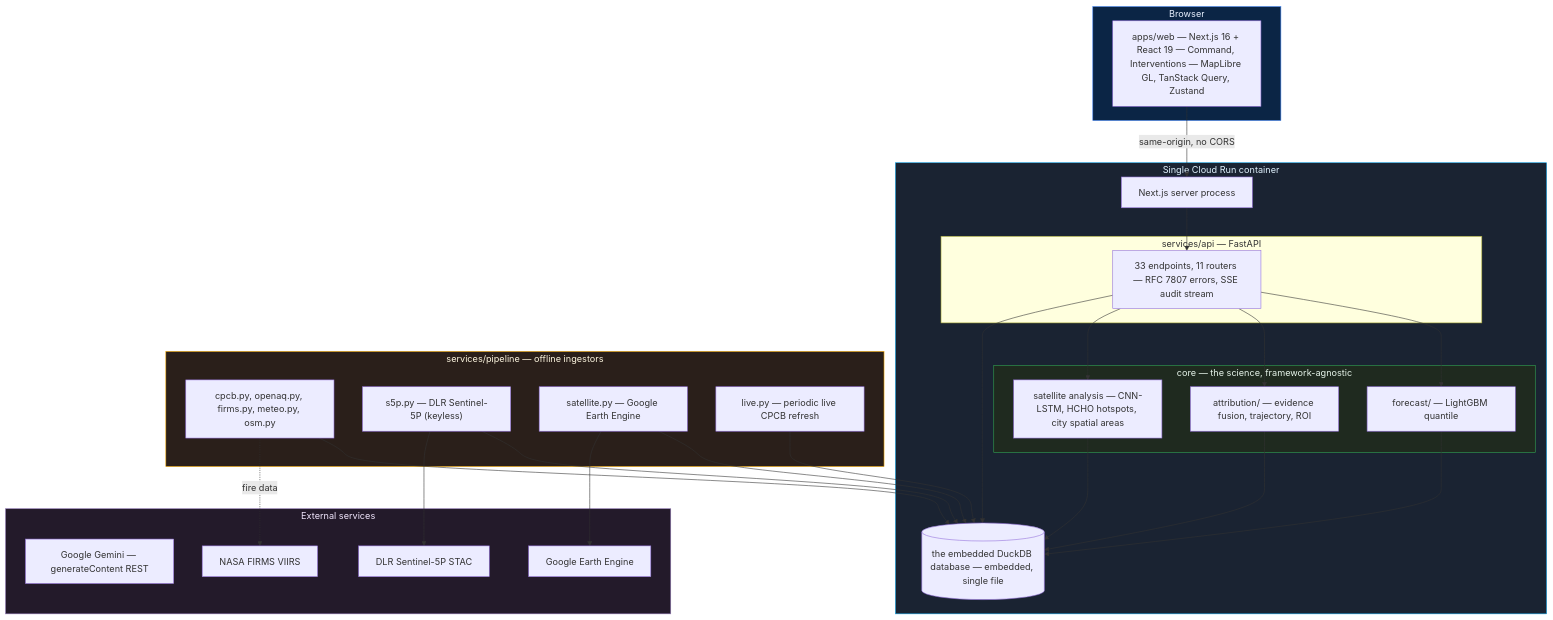
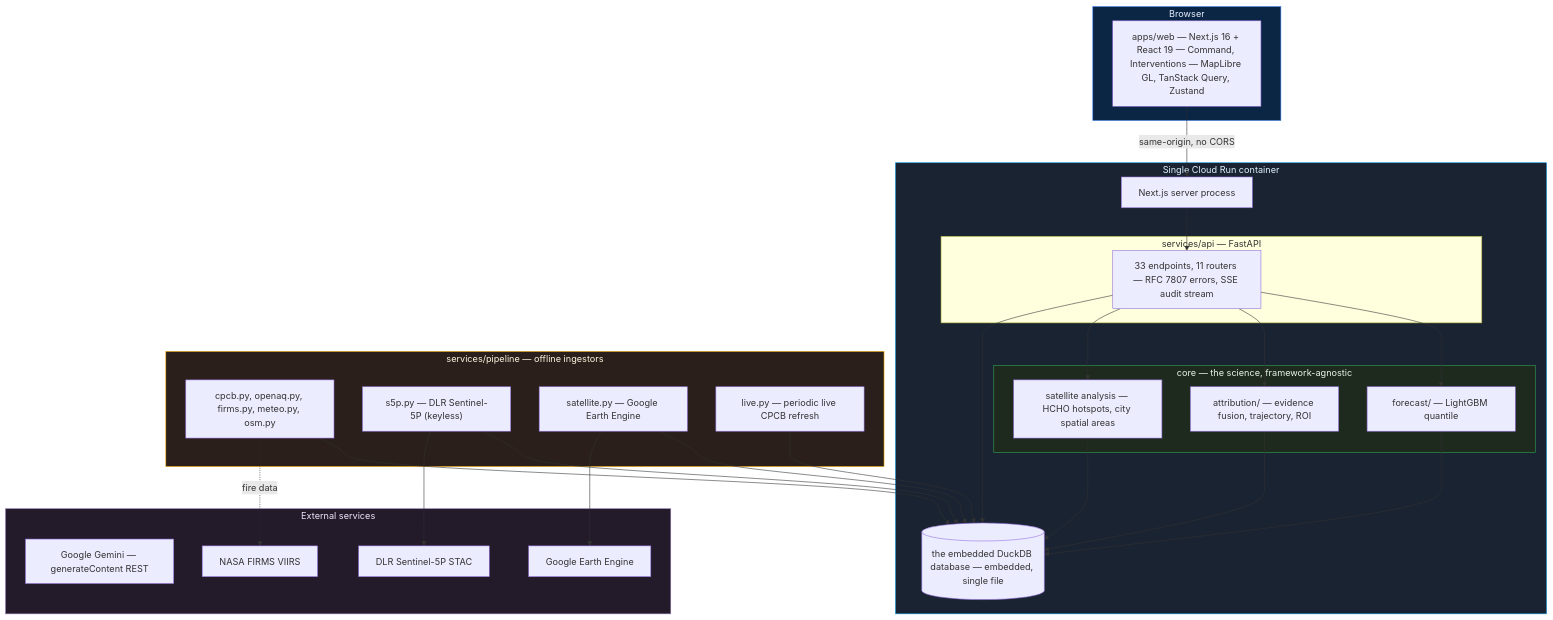
One commit to ashoka0402/final_year_project changed the second of 4 diagrams in README.md. Above: the diagram before and after it, drawn with Mermaid. The commit also changed other lines of this file, not shown here.

Commit message:
Remove CNN-LSTM references and update project documentation

````diff
--- a/README.md
+++ b/README.md
@@ -165,48 +163,48 @@
 ```mermaid
 flowchart TB
     subgraph client["Browser"]
         WEB["apps/web — Next.js 16 + React 19 — Command, Interventions — MapLibre GL, TanStack Query, Zustand"]
     end
 
     subgraph container["Single Cloud Run container"]
         NEXTPROC["Next.js server process"]
         subgraph api["services/api — FastAPI"]
             ROUTERS["33 endpoints, 11 routers — RFC 7807 errors, SSE audit stream"]
         end
         subgraph core["core — the science, framework-agnostic"]
             FC["forecast/ — LightGBM quantile"]
             ATTR["attribution/ — evidence fusion, trajectory, ROI"]
-            NAT["satellite analysis — CNN-LSTM, HCHO hotspots, city spatial areas"]
+            NAT["satellite analysis — HCHO hotspots, city spatial areas"]
         end
         DB[("the embedded DuckDB database — embedded, single file")]
     end
 
     subgraph pipe["services/pipeline — offline ingestors"]
         CPCB["cpcb.py, openaq.py, firms.py, meteo.py, osm.py"]
         S5P["s5p.py — DLR Sentinel-5P (keyless)"]
         SAT["satellite.py — Google Earth Engine"]
         LIVE["live.py — periodic live CPCB refresh"]
     end
 
     subgraph ext["External services"]
         GEMINI["Google Gemini — generateContent REST"]
         GEEEXT["Google Earth Engine"]
         DLR["DLR Sentinel-5P STAC"]
         FIRMSX["NASA FIRMS VIIRS"]
     end
 
     WEB -->|"same-origin, no CORS"| NEXTPROC --> ROUTERS
     ROUTERS --> FC & ATTR & NAT
     FC & ATTR & NAT --> DB
     ROUTERS --> DB
     CPCB & S5P & SAT & LIVE --> DB
     SAT --> GEEEXT
     S5P --> DLR
     CPCB -.fire data.-> FIRMSX
 
     style client fill:#0b2545,stroke:#4285F4,color:#e8f0fe
     style container fill:#1a2332,stroke:#0ea5e9,color:#e0f2fe
     style core fill:#1f2a1f,stroke:#34A853,color:#e6f4ea
     style pipe fill:#2a1f1a,stroke:#F9AB00,color:#fef7e0
     style ext fill:#231a2a,stroke:#8E75B2,color:#f3e8ff
 ```
````
